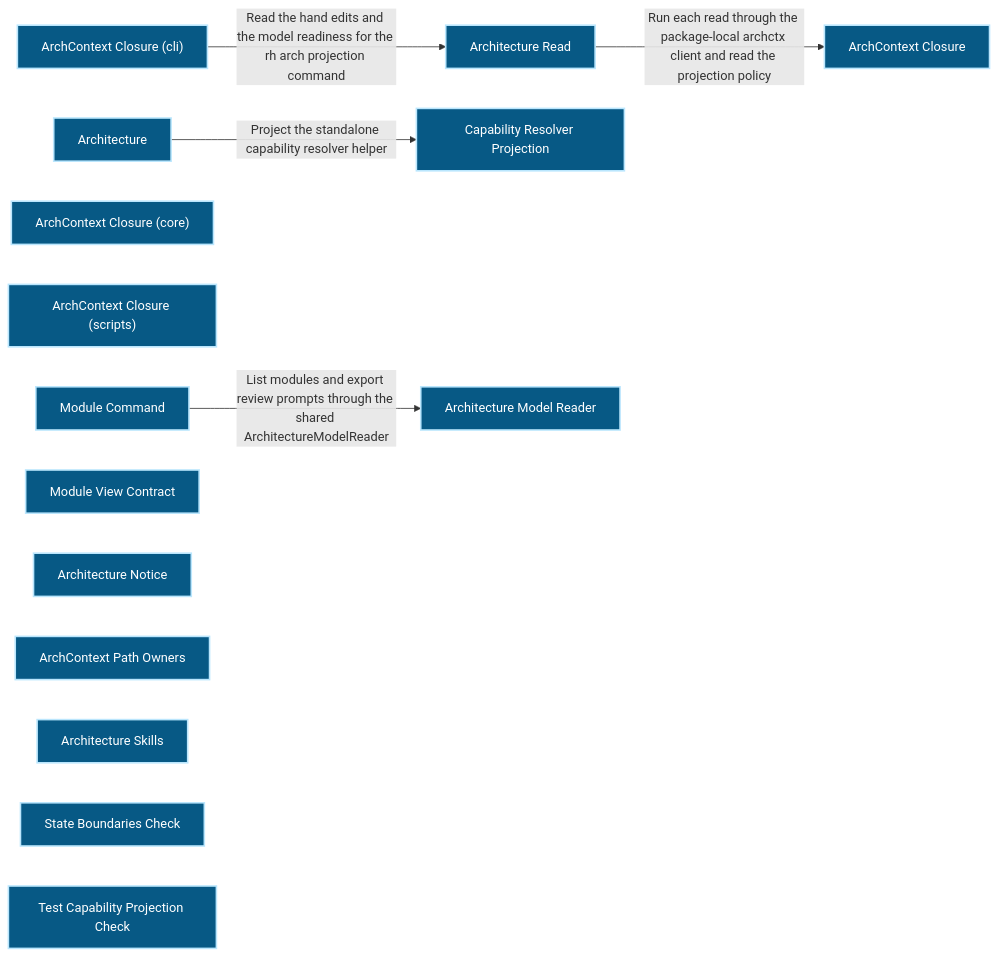
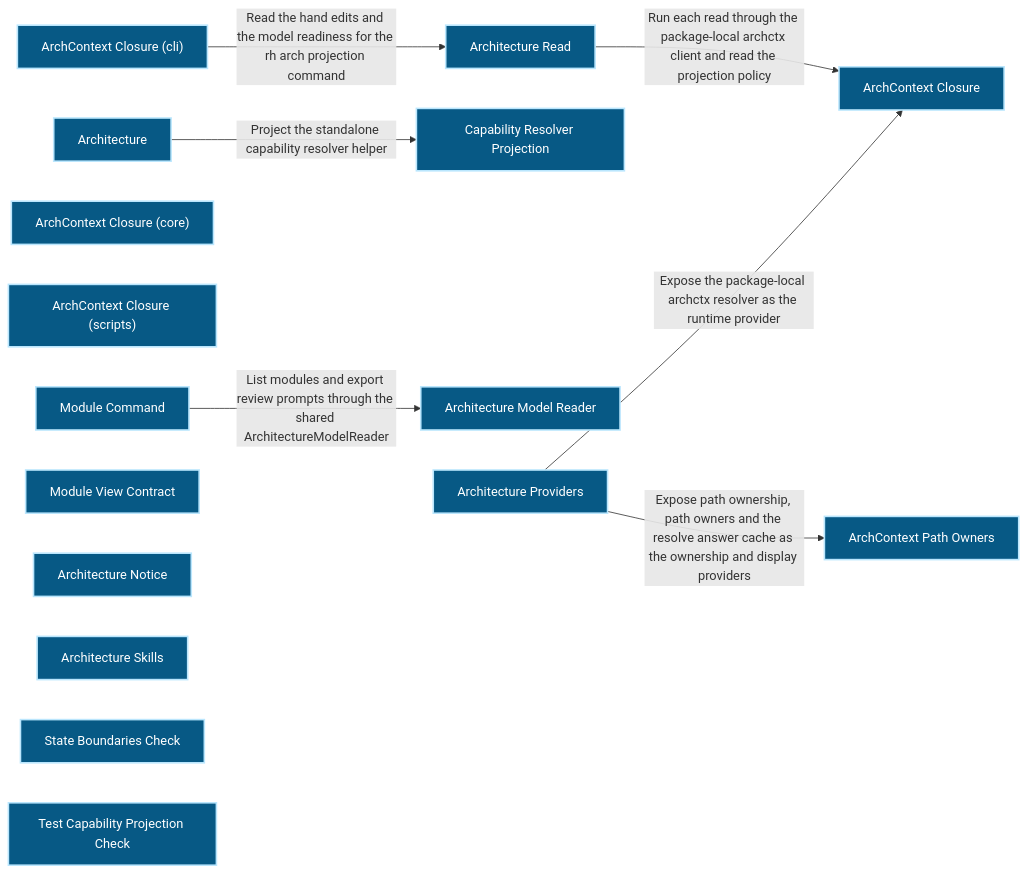
One commit to aimpact-inc/repo-harness changed the first of 2 diagrams in docs/architecture/modules/runtime-harness/architecture.md. Above: the diagram before and after it, drawn with Mermaid. The commit also changed other lines of this file and 9 other files, not shown here.

First line of the commit message:
chore(projection): refresh generated architecture outputs for main@47a31916414d

````diff
--- a/docs/architecture/modules/runtime-harness/architecture.md
+++ b/docs/architecture/modules/runtime-harness/architecture.md
@@ -16,26 +16,29 @@
 ```mermaid
 flowchart LR
   p1_capability_runtime_harness_architecture_b2e483c3["Architecture"]:::component
   p1_component_architecture_archctx_closure_ab1057a2["ArchContext Closure"]:::component
   p1_component_architecture_archctx_closure_cli_e356d3af["ArchContext Closure (cli)"]:::component
   p1_component_architecture_archctx_closure_core_36e646c8["ArchContext Closure (core)"]:::component
   p1_component_architecture_archctx_closure_scripts_0c75e245["ArchContext Closure (scripts)"]:::component
   p1_component_architecture_architecture_read_367307ea["Architecture Read"]:::component
   p1_component_architecture_helper_projection_4f90d353["Capability Resolver Projection"]:::component
   p1_component_architecture_model_reader_a34f9503["Architecture Model Reader"]:::component
   p1_component_architecture_module_cli_9d2922f4["Module Command"]:::component
   p1_component_architecture_module_view_2b7004f1["Module View Contract"]:::component
   p1_component_architecture_notice_a8021c95["Architecture Notice"]:::component
   p1_component_architecture_owners_e27e764b["ArchContext Path Owners"]:::component
+  p1_component_architecture_providers_eeb6f018["Architecture Providers"]:::component
   p1_component_architecture_skills_17de03c8["Architecture Skills"]:::component
   p1_component_architecture_state_boundaries_check_139ea12c["State Boundaries Check"]:::component
   p1_component_architecture_test_projection_check_3217626c["Test Capability Projection Check"]:::component
   p1_capability_runtime_harness_architecture_b2e483c3 -->|"Project the standalone capability resolver helper"| p1_component_architecture_helper_projection_4f90d353
   p1_component_architecture_module_cli_9d2922f4 -->|"List modules and export review prompts through the shared ArchitectureModelReader"| p1_component_architecture_model_reader_a34f9503
+  p1_component_architecture_providers_eeb6f018 -->|"Expose the package-local archctx resolver as the runtime provider"| p1_component_architecture_archctx_closure_ab1057a2
+  p1_component_architecture_providers_eeb6f018 -->|"Expose path ownership#44; path owners and the resolve answer cache as the ownership and display providers"| p1_component_architecture_owners_e27e764b
   p1_component_architecture_archctx_closure_cli_e356d3af -->|"Read the hand edits and the model readiness for the rh arch projection command"| p1_component_architecture_architecture_read_367307ea
   p1_component_architecture_architecture_read_367307ea -->|"Run each read through the package-local archctx client and read the projection policy"| p1_component_architecture_archctx_closure_ab1057a2
   classDef actor fill:#111827,color:#ffffff,stroke:#f9fafb,stroke-width:2px
   classDef component fill:#075985,color:#ffffff,stroke:#bae6fd,stroke-width:2px
   classDef datastore fill:#3f6212,color:#ffffff,stroke:#d9f99d,stroke-width:2px
   classDef external fill:#7c2d12,color:#ffffff,stroke:#fed7aa,stroke-width:2px
 ```
````
